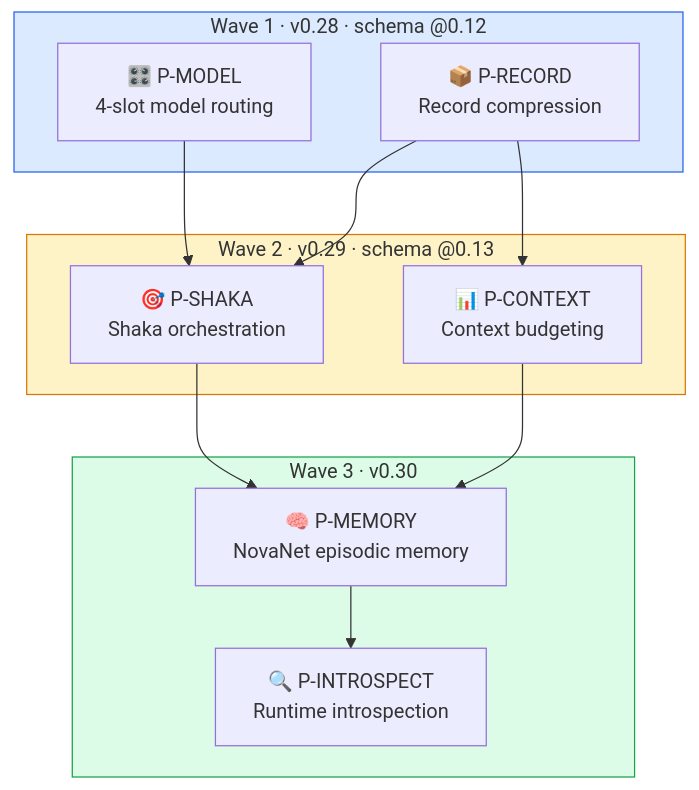
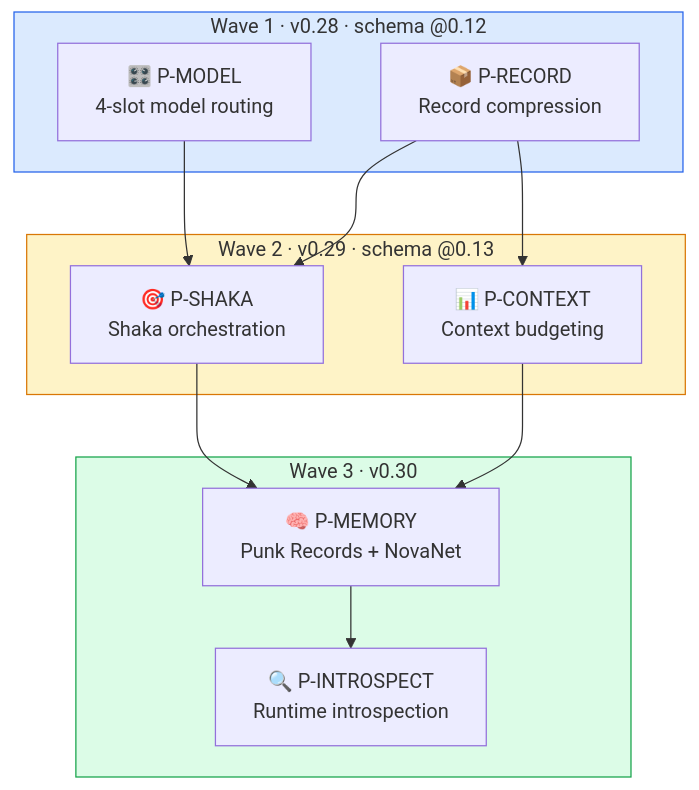
Before and after one commit to supernovae-st/nika: the third of 4 diagrams in docs/brainstorm/nika-evolution/00-README.md, drawn with Mermaid. The commit also changed other lines of this file and 10 other files, not shown here.

First line of the commit message:
docs(brainstorm): establish 3-tier Punk Records memory architecture

````diff
--- a/docs/brainstorm/nika-evolution/00-README.md
+++ b/docs/brainstorm/nika-evolution/00-README.md
@@ -94,35 +94,35 @@
 ```mermaid
 flowchart TD
     PM[🎛️ P-MODEL<br/>4-slot model routing]
     PR[📦 P-RECORD<br/>Record compression]
     PS[🎯 P-SHAKA<br/>Shaka orchestration]
     PC[📊 P-CONTEXT<br/>Context budgeting]
-    PMEM[🧠 P-MEMORY<br/>NovaNet episodic memory]
+    PMEM[🧠 P-MEMORY<br/>Punk Records + NovaNet]
     PI[🔍 P-INTROSPECT<br/>Runtime introspection]
 
     PM --> PS
     PR --> PS
     PR --> PC
     PS --> PMEM
     PC --> PMEM
     PMEM --> PI
 
     subgraph W1["Wave 1 · v0.28 · schema @0.12"]
         PM
         PR
     end
 
     subgraph W2["Wave 2 · v0.29 · schema @0.13"]
         PS
         PC
     end
 
     subgraph W3["Wave 3 · v0.30"]
         PMEM
         PI
     end
 
     style W1 fill:#dbeafe,stroke:#2563eb
     style W2 fill:#fef3c7,stroke:#d97706
     style W3 fill:#dcfce7,stroke:#16a34a
 ```
````
